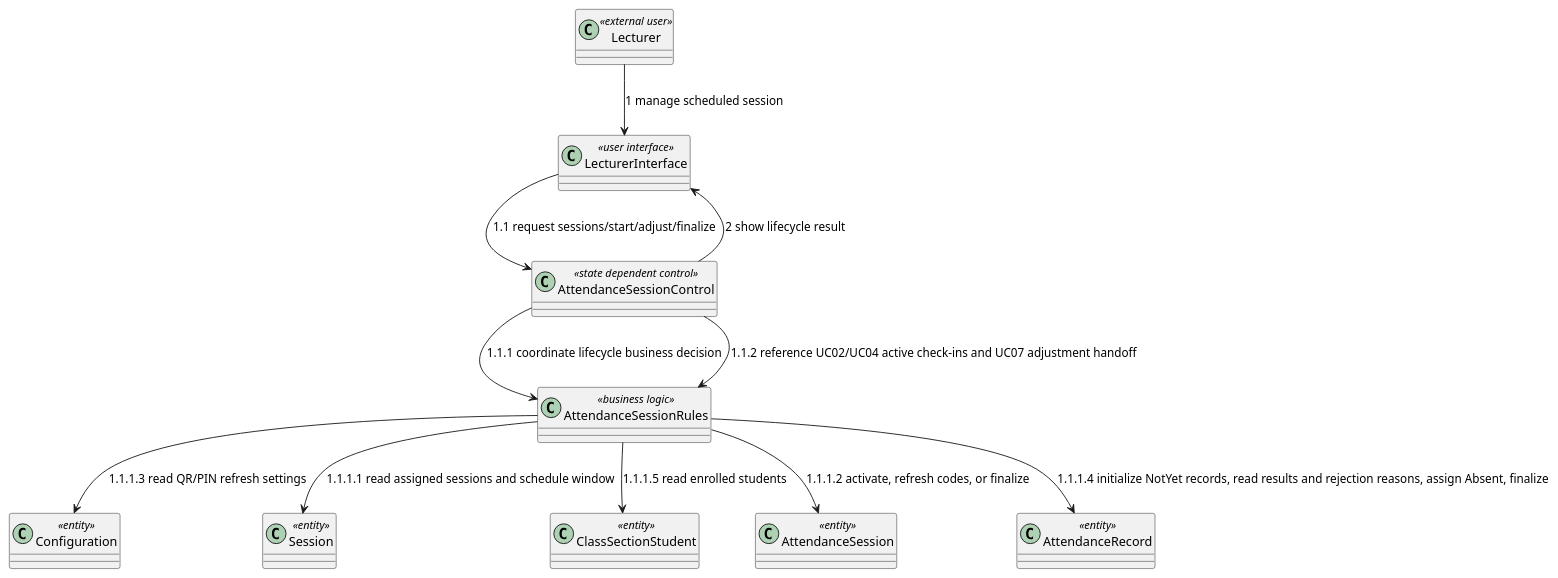
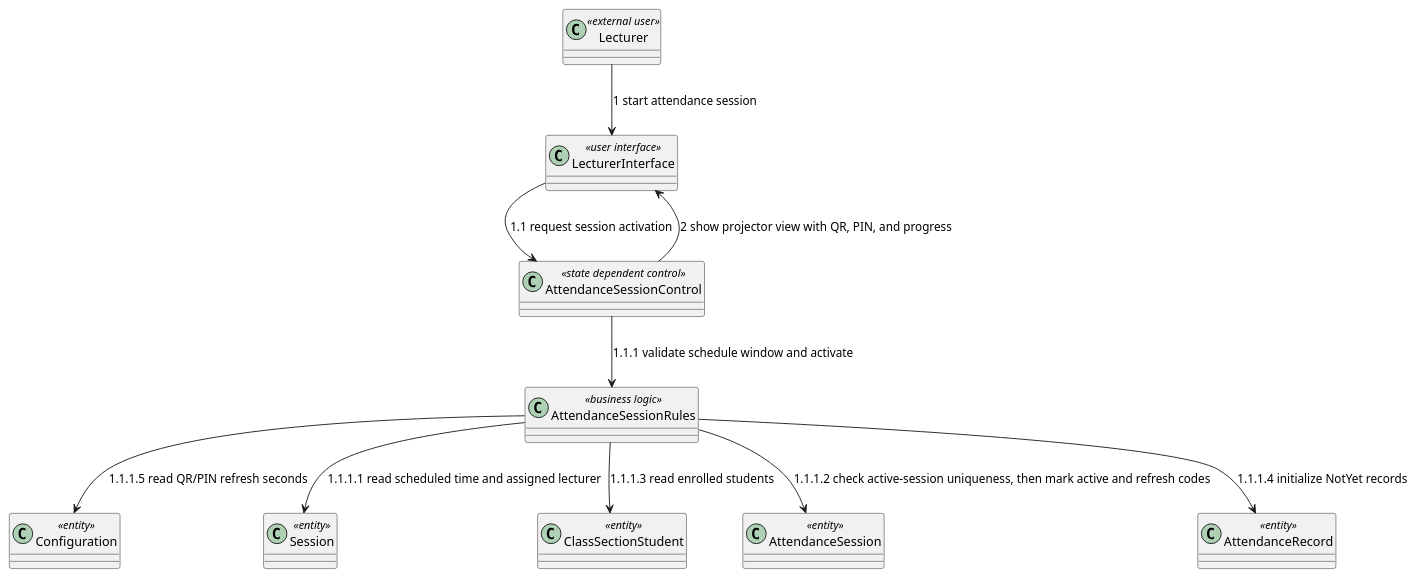
Before and after one commit to nttung42/SWD392: diagram 16 of 34 in docs/rds/2_Analysis.md, drawn with PlantUML. The commit also changed other lines of this file and 59 other files, not shown here.

````diff
--- a/docs/rds/2_Analysis.md
+++ b/docs/rds/2_Analysis.md
@@ -757,24 +753,23 @@
 ```plantuml
 @startuml
 class "Lecturer" as Lecturer <<external user>>
 class "LecturerInterface" as LecturerUI <<user interface>>
 class "AttendanceSessionControl" as SessionControl <<state dependent control>>
 class "AttendanceSessionRules" as SessionRules <<business logic>>
 class "Configuration" as Configuration <<entity>>
 class "Session" as Session <<entity>>
 class "ClassSectionStudent" as ClassSectionStudent <<entity>>
 class "AttendanceSession" as AttendanceSession <<entity>>
 class "AttendanceRecord" as AttendanceRecord <<entity>>
 
-Lecturer --> LecturerUI : 1 manage scheduled session
-LecturerUI --> SessionControl : 1.1 request sessions/start/adjust/finalize
-SessionControl --> SessionRules : 1.1.1 coordinate lifecycle business decision
-SessionRules --> Session : 1.1.1.1 read assigned sessions and schedule window
-SessionRules --> AttendanceSession : 1.1.1.2 activate, refresh codes, or finalize
-SessionRules --> Configuration : 1.1.1.3 read QR/PIN refresh settings
-SessionRules --> AttendanceRecord : 1.1.1.4 initialize NotYet records, read results and rejection reasons, assign Absent, finalize
-SessionRules --> ClassSectionStudent : 1.1.1.5 read enrolled students
-SessionControl --> SessionRules : 1.1.2 reference UC02/UC04 active check-ins and UC07 adjustment handoff
-SessionControl --> LecturerUI : 2 show lifecycle result
+Lecturer --> LecturerUI : 1 start attendance session
+LecturerUI --> SessionControl : 1.1 request session activation
+SessionControl --> SessionRules : 1.1.1 validate schedule window and activate
+SessionRules --> Session : 1.1.1.1 read scheduled time and assigned lecturer
+SessionRules --> AttendanceSession : 1.1.1.2 check active-session uniqueness, then mark active and refresh codes
+SessionRules --> ClassSectionStudent : 1.1.1.3 read enrolled students
+SessionRules --> AttendanceRecord : 1.1.1.4 initialize NotYet records
+SessionRules --> Configuration : 1.1.1.5 read QR/PIN refresh seconds
+SessionControl --> LecturerUI : 2 show projector view with QR, PIN, and progress
 @enduml
 ```
````
